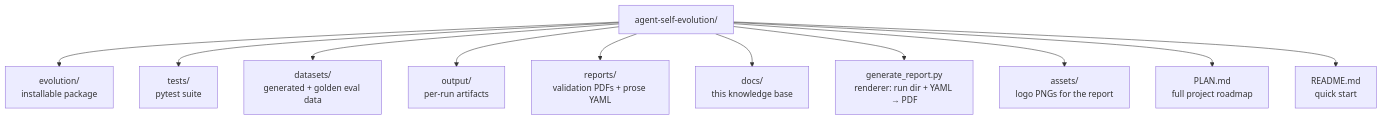
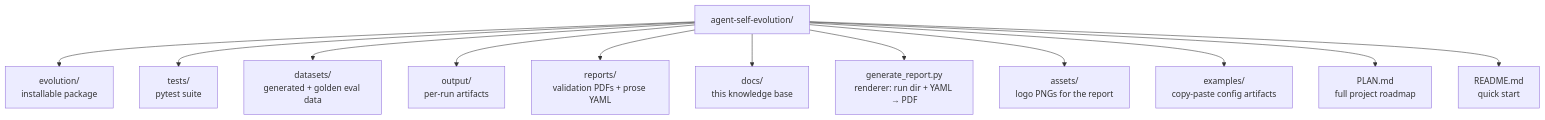
The diagram in docs/codebase_info.md (NousResearch/hermes-agent-self-evolution), drawn with Mermaid before and after one commit. The commit also changed other lines of this file and 8 other files, not shown here.

````diff
--- a/docs/codebase_info.md
+++ b/docs/codebase_info.md
@@ -20,13 +20,14 @@
 ```mermaid
 graph TD
     A[agent-self-evolution/] --> B[evolution/<br/>installable package]
     A --> C[tests/<br/>pytest suite]
     A --> D[datasets/<br/>generated + golden eval data]
     A --> F[output/<br/>per-run artifacts]
     A --> G[reports/<br/>validation PDFs + prose YAML]
     A --> H[docs/<br/>this knowledge base]
     A --> I[generate_report.py<br/>renderer: run dir + YAML → PDF]
     A --> L[assets/<br/>logo PNGs for the report]
+    A --> M[examples/<br/>copy-paste config artifacts]
     A --> J[PLAN.md<br/>full project roadmap]
     A --> K[README.md<br/>quick start]
 ```
````
